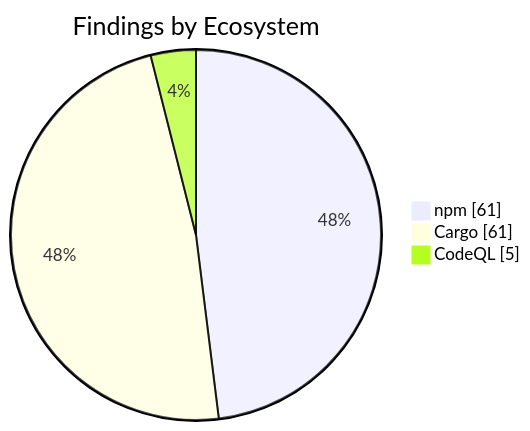
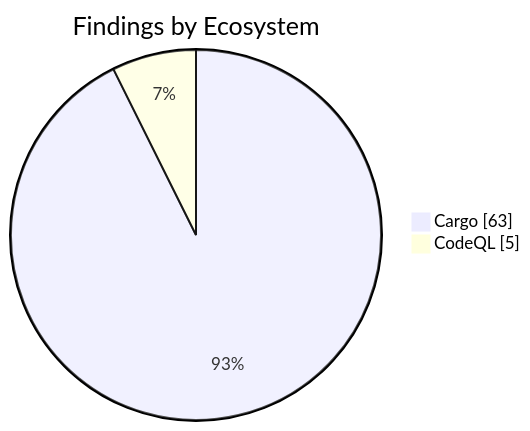
One commit to KBVE/kbve changed the second of 2 diagrams in apps/kbve/astro-kbve/src/content/docs/dashboard/security.mdx. Above: the diagram before and after it, drawn with Mermaid. The commit also changed other lines of this file and 8 other files, not shown here.

````diff
--- a/apps/kbve/astro-kbve/src/content/docs/dashboard/security.mdx
+++ b/apps/kbve/astro-kbve/src/content/docs/dashboard/security.mdx
@@ -73,7 +71,6 @@
 ```mermaid
 pie showData
     title Findings by Ecosystem
-    "npm" : 61
-    "Cargo" : 61
+    "Cargo" : 63
     "CodeQL" : 5
 ```
````
